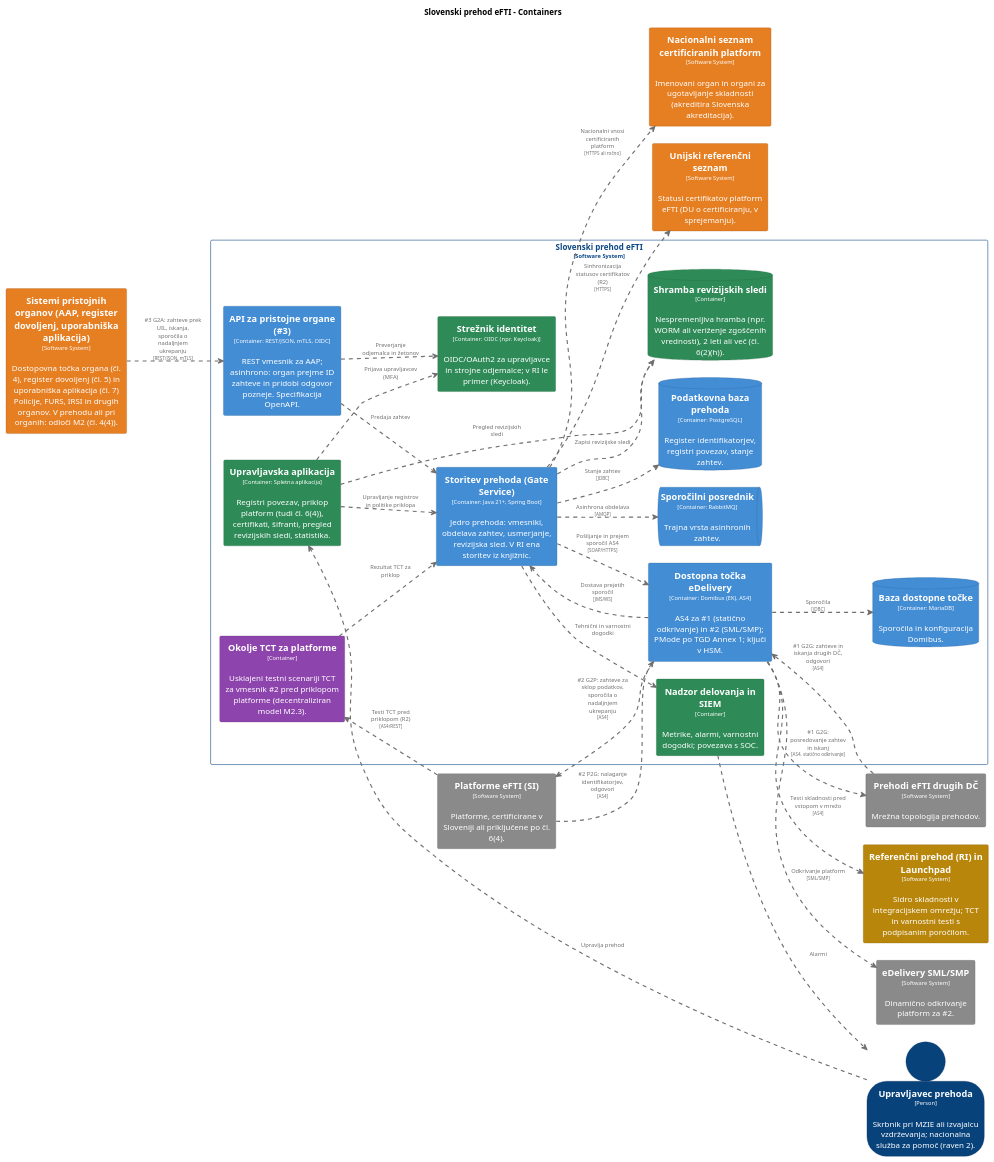
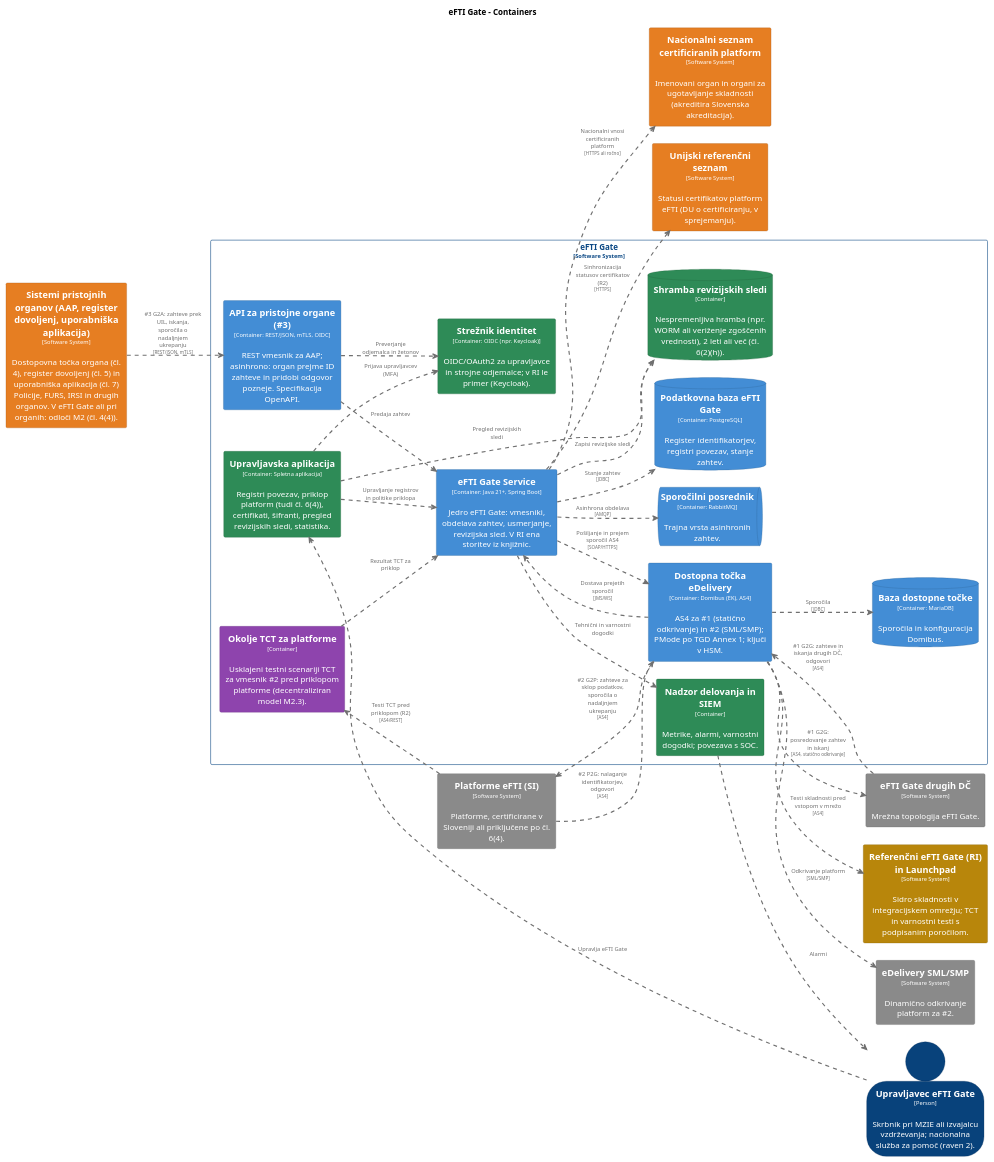
One commit to UM-KGPI/eFTI-Gate-SI changed the diagram in architecture/diagrams/structurizr-C2-Vsebniki.puml. Above: the diagram before and after it, drawn with PlantUML. The commit also changed 24 other files, not shown here.

First line of the commit message:
C4: enotno ime "eFTI Gate" v diagramih

```diff
--- a/architecture/diagrams/structurizr-C2-Vsebniki.puml
+++ b/architecture/diagrams/structurizr-C2-Vsebniki.puml
@@ -1,6 +1,6 @@
 @startuml
 set separator none
-title Slovenski prehod eFTI - Containers
+title eFTI Gate - Containers
 
 left to right direction
 skinparam ranksep 60
@@ -15,19 +15,19 @@
 
 hide stereotype
 
-skinparam rectangle<<SlovenskiprehodeFTI.APIzapristojneorgane3>> {
+skinparam rectangle<<eFTIGate.APIzapristojneorgane3>> {
   BackgroundColor #438dd5
   FontColor #ffffff
   BorderColor #2e6295
   shadowing false
 }
-skinparam database<<SlovenskiprehodeFTI.Bazadostopnetočke>> {
+skinparam database<<eFTIGate.Bazadostopnetočke>> {
   BackgroundColor #438dd5
   FontColor #ffffff
   BorderColor #2e6295
   shadowing false
 }
-skinparam rectangle<<SlovenskiprehodeFTI.DostopnatočkaeDelivery>> {
+skinparam rectangle<<eFTIGate.DostopnatočkaeDelivery>> {
   BackgroundColor #438dd5
   FontColor #ffffff
   BorderColor #2e6295
@@ -39,13 +39,13 @@
   BorderColor #a15817
   shadowing false
 }
-skinparam rectangle<<SlovenskiprehodeFTI.NadzordelovanjainSIEM>> {
+skinparam rectangle<<eFTIGate.NadzordelovanjainSIEM>> {
   BackgroundColor #2e8b57
   FontColor #ffffff
   BorderColor #20613c
   shadowing false
 }
-skinparam rectangle<<SlovenskiprehodeFTI.OkoljeTCTzaplatforme>> {
+skinparam rectangle<<eFTIGate.OkoljeTCTzaplatforme>> {
   BackgroundColor #8e44ad
   FontColor #ffffff
   BorderColor #632f79
@@ -57,25 +57,19 @@
   BorderColor #606060
   shadowing false
 }
-skinparam database<<SlovenskiprehodeFTI.Podatkovnabazaprehoda>> {
+skinparam database<<eFTIGate.PodatkovnabazaeFTIGate>> {
   BackgroundColor #438dd5
   FontColor #ffffff
   BorderColor #2e6295
   shadowing false
 }
-skinparam rectangle<<PrehodieFTIdrugihDČ>> {
-  BackgroundColor #8a8a8a
-  FontColor #ffffff
-  BorderColor #606060
-  shadowing false
-}
-skinparam rectangle<<ReferenčniprehodRIinLaunchpad>> {
+skinparam rectangle<<ReferenčnieFTIGateRIinLaunchpad>> {
   BackgroundColor #b8860b
   FontColor #ffffff
   BorderColor #805d07
   shadowing false
 }
-skinparam database<<SlovenskiprehodeFTI.Shrambarevizijskihsledi>> {
+skinparam database<<eFTIGate.Shrambarevizijskihsledi>> {
   BackgroundColor #2e8b57
   FontColor #ffffff
   BorderColor #20613c
@@ -87,19 +81,13 @@
   BorderColor #a15817
   shadowing false
 }
-skinparam queue<<SlovenskiprehodeFTI.Sporočilniposrednik>> {
+skinparam queue<<eFTIGate.Sporočilniposrednik>> {
   BackgroundColor #438dd5
   FontColor #ffffff
   BorderColor #2e6295
   shadowing false
 }
-skinparam rectangle<<SlovenskiprehodeFTI.StoritevprehodaGateService>> {
-  BackgroundColor #438dd5
-  FontColor #ffffff
-  BorderColor #2e6295
-  shadowing false
-}
-skinparam rectangle<<SlovenskiprehodeFTI.Strežnikidentitet>> {
+skinparam rectangle<<eFTIGate.Strežnikidentitet>> {
   BackgroundColor #2e8b57
   FontColor #ffffff
   BorderColor #20613c
@@ -111,13 +99,13 @@
   BorderColor #a15817
   shadowing false
 }
-skinparam person<<Upravljavecprehoda>> {
+skinparam person<<UpravljaveceFTIGate>> {
   BackgroundColor #08427b
   FontColor #ffffff
   BorderColor #052e56
   shadowing false
 }
-skinparam rectangle<<SlovenskiprehodeFTI.Upravljavskaaplikacija>> {
+skinparam rectangle<<eFTIGate.Upravljavskaaplikacija>> {
   BackgroundColor #2e8b57
   FontColor #ffffff
   BorderColor #20613c
@@ -129,58 +117,70 @@
   BorderColor #606060
   shadowing false
 }
-skinparam rectangle<<SlovenskiprehodeFTI>> {
+skinparam rectangle<<eFTIGate.eFTIGateService>> {
+  BackgroundColor #438dd5
+  FontColor #ffffff
+  BorderColor #2e6295
+  shadowing false
+}
+skinparam rectangle<<eFTIGatedrugihDČ>> {
+  BackgroundColor #8a8a8a
+  FontColor #ffffff
+  BorderColor #606060
+  shadowing false
+}
+skinparam rectangle<<eFTIGate>> {
   BorderColor #0b4884
   FontColor #0b4884
   shadowing false
 }
 
-person "==Upravljavec prehoda\n<size:10>[Person]</size>\n\nSkrbnik pri MZIE ali izvajalcu vzdrževanja; nacionalna služba za pomoč (raven 2)." <<Upravljavecprehoda>> as Upravljavecprehoda
-rectangle "==Sistemi pristojnih organov (AAP, register dovoljenj, uporabniška aplikacija)\n<size:10>[Software System]</size>\n\nDostopovna točka organa (čl. 4), register dovoljenj (čl. 5) in uporabniška aplikacija (čl. 7) Policije, FURS, IRSI in drugih organov. V prehodu ali pri organih: odloči M2 (čl. 4(4))." <<SistemipristojnihorganovAAPregisterdovoljenjuporabniškaaplikacija>> as SistemipristojnihorganovAAPregisterdovoljenjuporabniškaaplikacija
+person "==Upravljavec eFTI Gate\n<size:10>[Person]</size>\n\nSkrbnik pri MZIE ali izvajalcu vzdrževanja; nacionalna služba za pomoč (raven 2)." <<UpravljaveceFTIGate>> as UpravljaveceFTIGate
+rectangle "==Sistemi pristojnih organov (AAP, register dovoljenj, uporabniška aplikacija)\n<size:10>[Software System]</size>\n\nDostopovna točka organa (čl. 4), register dovoljenj (čl. 5) in uporabniška aplikacija (čl. 7) Policije, FURS, IRSI in drugih organov. V eFTI Gate ali pri organih: odloči M2 (čl. 4(4))." <<SistemipristojnihorganovAAPregisterdovoljenjuporabniškaaplikacija>> as SistemipristojnihorganovAAPregisterdovoljenjuporabniškaaplikacija
 rectangle "==Platforme eFTI (SI)\n<size:10>[Software System]</size>\n\nPlatforme, certificirane v Sloveniji ali priključene po čl. 6(4)." <<PlatformeeFTISI>> as PlatformeeFTISI
 rectangle "==Nacionalni seznam certificiranih platform\n<size:10>[Software System]</size>\n\nImenovani organ in organi za ugotavljanje skladnosti (akreditira Slovenska akreditacija)." <<Nacionalniseznamcertificiranihplatform>> as Nacionalniseznamcertificiranihplatform
-rectangle "==Prehodi eFTI drugih DČ\n<size:10>[Software System]</size>\n\nMrežna topologija prehodov." <<PrehodieFTIdrugihDČ>> as PrehodieFTIdrugihDČ
+rectangle "==eFTI Gate drugih DČ\n<size:10>[Software System]</size>\n\nMrežna topologija eFTI Gate." <<eFTIGatedrugihDČ>> as eFTIGatedrugihDČ
 rectangle "==Unijski referenčni seznam\n<size:10>[Software System]</size>\n\nStatusi certifikatov platform eFTI (DU o certificiranju, v sprejemanju)." <<Unijskireferenčniseznam>> as Unijskireferenčniseznam
 rectangle "==eDelivery SML/SMP\n<size:10>[Software System]</size>\n\nDinamično odkrivanje platform za #2." <<eDeliverySMLSMP>> as eDeliverySMLSMP
-rectangle "==Referenčni prehod (RI) in Launchpad\n<size:10>[Software System]</size>\n\nSidro skladnosti v integracijskem omrežju; TCT in varnostni testi s podpisanim poročilom." <<ReferenčniprehodRIinLaunchpad>> as ReferenčniprehodRIinLaunchpad
+rectangle "==Referenčni eFTI Gate (RI) in Launchpad\n<size:10>[Software System]</size>\n\nSidro skladnosti v integracijskem omrežju; TCT in varnostni testi s podpisanim poročilom." <<ReferenčnieFTIGateRIinLaunchpad>> as ReferenčnieFTIGateRIinLaunchpad
 
-rectangle "Slovenski prehod eFTI\n<size:10>[Software System]</size>" <<SlovenskiprehodeFTI>> {
-  rectangle "==API za pristojne organe (#3)\n<size:10>[Container: REST/JSON, mTLS, OIDC]</size>\n\nREST vmesnik za AAP; asinhrono: organ prejme ID zahteve in pridobi odgovor pozneje. Specifikacija OpenAPI." <<SlovenskiprehodeFTI.APIzapristojneorgane3>> as SlovenskiprehodeFTI.APIzapristojneorgane3
-  queue "==Sporočilni posrednik\n<size:10>[Container: RabbitMQ]</size>\n\nTrajna vrsta asinhronih zahtev." <<SlovenskiprehodeFTI.Sporočilniposrednik>> as SlovenskiprehodeFTI.Sporočilniposrednik
-  database "==Podatkovna baza prehoda\n<size:10>[Container: PostgreSQL]</size>\n\nRegister identifikatorjev, registri povezav, stanje zahtev." <<SlovenskiprehodeFTI.Podatkovnabazaprehoda>> as SlovenskiprehodeFTI.Podatkovnabazaprehoda
-  rectangle "==Dostopna točka eDelivery\n<size:10>[Container: Domibus (EK), AS4]</size>\n\nAS4 za #1 (statično odkrivanje) in #2 (SML/SMP); PMode po TGD Annex 1; ključi v HSM." <<SlovenskiprehodeFTI.DostopnatočkaeDelivery>> as SlovenskiprehodeFTI.DostopnatočkaeDelivery
-  database "==Baza dostopne točke\n<size:10>[Container: MariaDB]</size>\n\nSporočila in konfiguracija Domibus." <<SlovenskiprehodeFTI.Bazadostopnetočke>> as SlovenskiprehodeFTI.Bazadostopnetočke
-  rectangle "==Strežnik identitet\n<size:10>[Container: OIDC (npr. Keycloak)]</size>\n\nOIDC/OAuth2 za upravljavce in strojne odjemalce; v RI le primer (Keycloak)." <<SlovenskiprehodeFTI.Strežnikidentitet>> as SlovenskiprehodeFTI.Strežnikidentitet
-  rectangle "==Upravljavska aplikacija\n<size:10>[Container: Spletna aplikacija]</size>\n\nRegistri povezav, priklop platform (tudi čl. 6(4)), certifikati, šifranti, pregled revizijskih sledi, statistika." <<SlovenskiprehodeFTI.Upravljavskaaplikacija>> as SlovenskiprehodeFTI.Upravljavskaaplikacija
-  database "==Shramba revizijskih sledi\n<size:10>[Container]</size>\n\nNespremenljiva hramba (npr. WORM ali veriženje zgoščenih vrednosti), 2 leti ali več (čl. 6(2)(h))." <<SlovenskiprehodeFTI.Shrambarevizijskihsledi>> as SlovenskiprehodeFTI.Shrambarevizijskihsledi
-  rectangle "==Nadzor delovanja in SIEM\n<size:10>[Container]</size>\n\nMetrike, alarmi, varnostni dogodki; povezava s SOC." <<SlovenskiprehodeFTI.NadzordelovanjainSIEM>> as SlovenskiprehodeFTI.NadzordelovanjainSIEM
-  rectangle "==Okolje TCT za platforme\n<size:10>[Container]</size>\n\nUsklajeni testni scenariji TCT za vmesnik #2 pred priklopom platforme (decentraliziran model M2.3)." <<SlovenskiprehodeFTI.OkoljeTCTzaplatforme>> as SlovenskiprehodeFTI.OkoljeTCTzaplatforme
-  rectangle "==Storitev prehoda (Gate Service)\n<size:10>[Container: Java 21+, Spring Boot]</size>\n\nJedro prehoda: vmesniki, obdelava zahtev, usmerjanje, revizijska sled. V RI ena storitev iz knjižnic." <<SlovenskiprehodeFTI.StoritevprehodaGateService>> as SlovenskiprehodeFTI.StoritevprehodaGateService
+rectangle "eFTI Gate\n<size:10>[Software System]</size>" <<eFTIGate>> {
+  rectangle "==API za pristojne organe (#3)\n<size:10>[Container: REST/JSON, mTLS, OIDC]</size>\n\nREST vmesnik za AAP; asinhrono: organ prejme ID zahteve in pridobi odgovor pozneje. Specifikacija OpenAPI." <<eFTIGate.APIzapristojneorgane3>> as eFTIGate.APIzapristojneorgane3
+  queue "==Sporočilni posrednik\n<size:10>[Container: RabbitMQ]</size>\n\nTrajna vrsta asinhronih zahtev." <<eFTIGate.Sporočilniposrednik>> as eFTIGate.Sporočilniposrednik
+  database "==Podatkovna baza eFTI Gate\n<size:10>[Container: PostgreSQL]</size>\n\nRegister identifikatorjev, registri povezav, stanje zahtev." <<eFTIGate.PodatkovnabazaeFTIGate>> as eFTIGate.PodatkovnabazaeFTIGate
+  rectangle "==Dostopna točka eDelivery\n<size:10>[Container: Domibus (EK), AS4]</size>\n\nAS4 za #1 (statično odkrivanje) in #2 (SML/SMP); PMode po TGD Annex 1; ključi v HSM." <<eFTIGate.DostopnatočkaeDelivery>> as eFTIGate.DostopnatočkaeDelivery
+  database "==Baza dostopne točke\n<size:10>[Container: MariaDB]</size>\n\nSporočila in konfiguracija Domibus." <<eFTIGate.Bazadostopnetočke>> as eFTIGate.Bazadostopnetočke
+  rectangle "==Strežnik identitet\n<size:10>[Container: OIDC (npr. Keycloak)]</size>\n\nOIDC/OAuth2 za upravljavce in strojne odjemalce; v RI le primer (Keycloak)." <<eFTIGate.Strežnikidentitet>> as eFTIGate.Strežnikidentitet
+  rectangle "==Upravljavska aplikacija\n<size:10>[Container: Spletna aplikacija]</size>\n\nRegistri povezav, priklop platform (tudi čl. 6(4)), certifikati, šifranti, pregled revizijskih sledi, statistika." <<eFTIGate.Upravljavskaaplikacija>> as eFTIGate.Upravljavskaaplikacija
+  database "==Shramba revizijskih sledi\n<size:10>[Container]</size>\n\nNespremenljiva hramba (npr. WORM ali veriženje zgoščenih vrednosti), 2 leti ali več (čl. 6(2)(h))." <<eFTIGate.Shrambarevizijskihsledi>> as eFTIGate.Shrambarevizijskihsledi
+  rectangle "==Nadzor delovanja in SIEM\n<size:10>[Container]</size>\n\nMetrike, alarmi, varnostni dogodki; povezava s SOC." <<eFTIGate.NadzordelovanjainSIEM>> as eFTIGate.NadzordelovanjainSIEM
+  rectangle "==Okolje TCT za platforme\n<size:10>[Container]</size>\n\nUsklajeni testni scenariji TCT za vmesnik #2 pred priklopom platforme (decentraliziran model M2.3)." <<eFTIGate.OkoljeTCTzaplatforme>> as eFTIGate.OkoljeTCTzaplatforme
+  rectangle "==eFTI Gate Service\n<size:10>[Container: Java 21+, Spring Boot]</size>\n\nJedro eFTI Gate: vmesniki, obdelava zahtev, usmerjanje, revizijska sled. V RI ena storitev iz knjižnic." <<eFTIGate.eFTIGateService>> as eFTIGate.eFTIGateService
 }
 
-SlovenskiprehodeFTI.Upravljavskaaplikacija .[#707070,thickness=2].> SlovenskiprehodeFTI.Shrambarevizijskihsledi : "<color:#707070>Pregled revizijskih sledi"
-SlovenskiprehodeFTI.Upravljavskaaplikacija .[#707070,thickness=2].> SlovenskiprehodeFTI.Strežnikidentitet : "<color:#707070>Prijava upravljavcev (MFA)"
-SlovenskiprehodeFTI.OkoljeTCTzaplatforme .[#707070,thickness=2].> SlovenskiprehodeFTI.StoritevprehodaGateService : "<color:#707070>Rezultat TCT za priklop"
-Upravljavecprehoda .[#707070,thickness=2].> SlovenskiprehodeFTI.Upravljavskaaplikacija : "<color:#707070>Upravlja prehod"
-SlovenskiprehodeFTI.NadzordelovanjainSIEM .[#707070,thickness=2].> Upravljavecprehoda : "<color:#707070>Alarmi"
-SistemipristojnihorganovAAPregisterdovoljenjuporabniškaaplikacija .[#707070,thickness=2].> SlovenskiprehodeFTI.APIzapristojneorgane3 : "<color:#707070>#3 G2A: zahteve prek UIL, iskanja, sporočila o nadaljnjem ukrepanju\n<color:#707070><size:8>[REST/JSON, mTLS]</size>"
-SlovenskiprehodeFTI.DostopnatočkaeDelivery .[#707070,thickness=2].> PlatformeeFTISI : "<color:#707070>#2 G2P: zahteve za sklop podatkov, sporočila o nadaljnjem ukrepanju\n<color:#707070><size:8>[AS4]</size>"
-PlatformeeFTISI .[#707070,thickness=2].> SlovenskiprehodeFTI.DostopnatočkaeDelivery : "<color:#707070>#2 P2G: nalaganje identifikatorjev, odgovori\n<color:#707070><size:8>[AS4]</size>"
-SlovenskiprehodeFTI.DostopnatočkaeDelivery .[#707070,thickness=2].> PrehodieFTIdrugihDČ : "<color:#707070>#1 G2G: posredovanje zahtev in iskanj\n<color:#707070><size:8>[AS4, statično odkrivanje]</size>"
-PrehodieFTIdrugihDČ .[#707070,thickness=2].> SlovenskiprehodeFTI.DostopnatočkaeDelivery : "<color:#707070>#1 G2G: zahteve in iskanja drugih DČ, odgovori\n<color:#707070><size:8>[AS4]</size>"
-SlovenskiprehodeFTI.DostopnatočkaeDelivery .[#707070,thickness=2].> eDeliverySMLSMP : "<color:#707070>Odkrivanje platform\n<color:#707070><size:8>[SML/SMP]</size>"
-SlovenskiprehodeFTI.StoritevprehodaGateService .[#707070,thickness=2].> Unijskireferenčniseznam : "<color:#707070>Sinhronizacija statusov certifikatov (R2)\n<color:#707070><size:8>[HTTPS]</size>"
-SlovenskiprehodeFTI.StoritevprehodaGateService .[#707070,thickness=2].> Nacionalniseznamcertificiranihplatform : "<color:#707070>Nacionalni vnosi certificiranih platform\n<color:#707070><size:8>[HTTPS ali ročno]</size>"
-SlovenskiprehodeFTI.DostopnatočkaeDelivery .[#707070,thickness=2].> ReferenčniprehodRIinLaunchpad : "<color:#707070>Testi skladnosti pred vstopom v mrežo\n<color:#707070><size:8>[AS4]</size>"
-PlatformeeFTISI .[#707070,thickness=2].> SlovenskiprehodeFTI.OkoljeTCTzaplatforme : "<color:#707070>Testi TCT pred priklopom (R2)\n<color:#707070><size:8>[AS4/REST]</size>"
-SlovenskiprehodeFTI.APIzapristojneorgane3 .[#707070,thickness=2].> SlovenskiprehodeFTI.StoritevprehodaGateService : "<color:#707070>Predaja zahtev"
-SlovenskiprehodeFTI.APIzapristojneorgane3 .[#707070,thickness=2].> SlovenskiprehodeFTI.Strežnikidentitet : "<color:#707070>Preverjanje odjemalca in žetonov"
-SlovenskiprehodeFTI.StoritevprehodaGateService .[#707070,thickness=2].> SlovenskiprehodeFTI.Sporočilniposrednik : "<color:#707070>Asinhrona obdelava\n<color:#707070><size:8>[AMQP]</size>"
-SlovenskiprehodeFTI.StoritevprehodaGateService .[#707070,thickness=2].> SlovenskiprehodeFTI.Podatkovnabazaprehoda : "<color:#707070>Stanje zahtev\n<color:#707070><size:8>[JDBC]</size>"
-SlovenskiprehodeFTI.StoritevprehodaGateService .[#707070,thickness=2].> SlovenskiprehodeFTI.DostopnatočkaeDelivery : "<color:#707070>Pošiljanje in prejem sporočil AS4\n<color:#707070><size:8>[SOAP/HTTPS]</size>"
-SlovenskiprehodeFTI.DostopnatočkaeDelivery .[#707070,thickness=2].> SlovenskiprehodeFTI.StoritevprehodaGateService : "<color:#707070>Dostava prejetih sporočil\n<color:#707070><size:8>[JMS/WS]</size>"
-SlovenskiprehodeFTI.DostopnatočkaeDelivery .[#707070,thickness=2].> SlovenskiprehodeFTI.Bazadostopnetočke : "<color:#707070>Sporočila\n<color:#707070><size:8>[JDBC]</size>"
-SlovenskiprehodeFTI.StoritevprehodaGateService .[#707070,thickness=2].> SlovenskiprehodeFTI.Shrambarevizijskihsledi : "<color:#707070>Zapisi revizijske sledi"
-SlovenskiprehodeFTI.StoritevprehodaGateService .[#707070,thickness=2].> SlovenskiprehodeFTI.NadzordelovanjainSIEM : "<color:#707070>Tehnični in varnostni dogodki"
-SlovenskiprehodeFTI.Upravljavskaaplikacija .[#707070,thickness=2].> SlovenskiprehodeFTI.StoritevprehodaGateService : "<color:#707070>Upravljanje registrov in politike priklopa"
+eFTIGate.Upravljavskaaplikacija .[#707070,thickness=2].> eFTIGate.Shrambarevizijskihsledi : "<color:#707070>Pregled revizijskih sledi"
+eFTIGate.Upravljavskaaplikacija .[#707070,thickness=2].> eFTIGate.Strežnikidentitet : "<color:#707070>Prijava upravljavcev (MFA)"
+eFTIGate.OkoljeTCTzaplatforme .[#707070,thickness=2].> eFTIGate.eFTIGateService : "<color:#707070>Rezultat TCT za priklop"
+UpravljaveceFTIGate .[#707070,thickness=2].> eFTIGate.Upravljavskaaplikacija : "<color:#707070>Upravlja eFTI Gate"
+eFTIGate.NadzordelovanjainSIEM .[#707070,thickness=2].> UpravljaveceFTIGate : "<color:#707070>Alarmi"
+SistemipristojnihorganovAAPregisterdovoljenjuporabniškaaplikacija .[#707070,thickness=2].> eFTIGate.APIzapristojneorgane3 : "<color:#707070>#3 G2A: zahteve prek UIL, iskanja, sporočila o nadaljnjem ukrepanju\n<color:#707070><size:8>[REST/JSON, mTLS]</size>"
+eFTIGate.DostopnatočkaeDelivery .[#707070,thickness=2].> PlatformeeFTISI : "<color:#707070>#2 G2P: zahteve za sklop podatkov, sporočila o nadaljnjem ukrepanju\n<color:#707070><size:8>[AS4]</size>"
+PlatformeeFTISI .[#707070,thickness=2].> eFTIGate.DostopnatočkaeDelivery : "<color:#707070>#2 P2G: nalaganje identifikatorjev, odgovori\n<color:#707070><size:8>[AS4]</size>"
+eFTIGate.DostopnatočkaeDelivery .[#707070,thickness=2].> eFTIGatedrugihDČ : "<color:#707070>#1 G2G: posredovanje zahtev in iskanj\n<color:#707070><size:8>[AS4, statično odkrivanje]</size>"
+eFTIGatedrugihDČ .[#707070,thickness=2].> eFTIGate.DostopnatočkaeDelivery : "<color:#707070>#1 G2G: zahteve in iskanja drugih DČ, odgovori\n<color:#707070><size:8>[AS4]</size>"
+eFTIGate.DostopnatočkaeDelivery .[#707070,thickness=2].> eDeliverySMLSMP : "<color:#707070>Odkrivanje platform\n<color:#707070><size:8>[SML/SMP]</size>"
+eFTIGate.eFTIGateService .[#707070,thickness=2].> Unijskireferenčniseznam : "<color:#707070>Sinhronizacija statusov certifikatov (R2)\n<color:#707070><size:8>[HTTPS]</size>"
+eFTIGate.eFTIGateService .[#707070,thickness=2].> Nacionalniseznamcertificiranihplatform : "<color:#707070>Nacionalni vnosi certificiranih platform\n<color:#707070><size:8>[HTTPS ali ročno]</size>"
+eFTIGate.DostopnatočkaeDelivery .[#707070,thickness=2].> ReferenčnieFTIGateRIinLaunchpad : "<color:#707070>Testi skladnosti pred vstopom v mrežo\n<color:#707070><size:8>[AS4]</size>"
+PlatformeeFTISI .[#707070,thickness=2].> eFTIGate.OkoljeTCTzaplatforme : "<color:#707070>Testi TCT pred priklopom (R2)\n<color:#707070><size:8>[AS4/REST]</size>"
+eFTIGate.APIzapristojneorgane3 .[#707070,thickness=2].> eFTIGate.eFTIGateService : "<color:#707070>Predaja zahtev"
+eFTIGate.APIzapristojneorgane3 .[#707070,thickness=2].> eFTIGate.Strežnikidentitet : "<color:#707070>Preverjanje odjemalca in žetonov"
+eFTIGate.eFTIGateService .[#707070,thickness=2].> eFTIGate.Sporočilniposrednik : "<color:#707070>Asinhrona obdelava\n<color:#707070><size:8>[AMQP]</size>"
+eFTIGate.eFTIGateService .[#707070,thickness=2].> eFTIGate.PodatkovnabazaeFTIGate : "<color:#707070>Stanje zahtev\n<color:#707070><size:8>[JDBC]</size>"
+eFTIGate.eFTIGateService .[#707070,thickness=2].> eFTIGate.DostopnatočkaeDelivery : "<color:#707070>Pošiljanje in prejem sporočil AS4\n<color:#707070><size:8>[SOAP/HTTPS]</size>"
+eFTIGate.DostopnatočkaeDelivery .[#707070,thickness=2].> eFTIGate.eFTIGateService : "<color:#707070>Dostava prejetih sporočil\n<color:#707070><size:8>[JMS/WS]</size>"
+eFTIGate.DostopnatočkaeDelivery .[#707070,thickness=2].> eFTIGate.Bazadostopnetočke : "<color:#707070>Sporočila\n<color:#707070><size:8>[JDBC]</size>"
+eFTIGate.eFTIGateService .[#707070,thickness=2].> eFTIGate.Shrambarevizijskihsledi : "<color:#707070>Zapisi revizijske sledi"
+eFTIGate.eFTIGateService .[#707070,thickness=2].> eFTIGate.NadzordelovanjainSIEM : "<color:#707070>Tehnični in varnostni dogodki"
+eFTIGate.Upravljavskaaplikacija .[#707070,thickness=2].> eFTIGate.eFTIGateService : "<color:#707070>Upravljanje registrov in politike priklopa"
 @enduml
```
